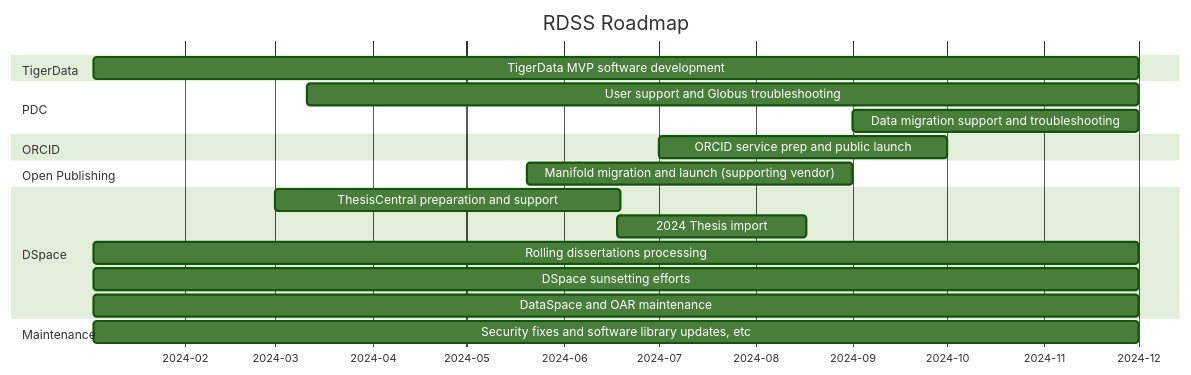
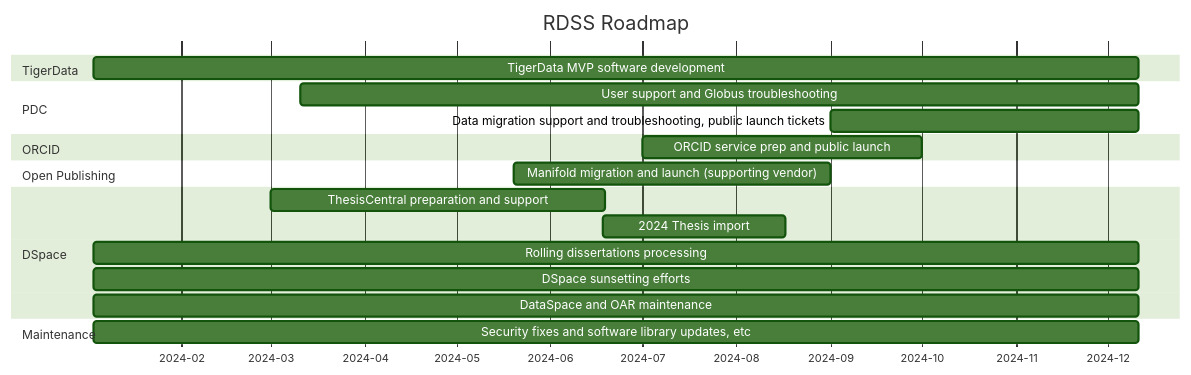
One commit to pulibrary/rdss-handbook changed the diagram in roadmap.md. Above: the diagram before and after it, drawn with Mermaid (forest theme).

Commit message:
Expanding roadmap and making PDC description more explicit

````diff
--- a/roadmap.md
+++ b/roadmap.md
@@ -5,23 +5,23 @@
 ```mermaid
 gantt
     title RDSS Roadmap
     axisFormat  %Y-%m
     dateformat YYYY-MM
     section TigerData
-    TigerData MVP software development: td1,2024-01-03,333d
+    TigerData MVP software development: td1,2024-01-03,343d
     section PDC
-    User support and Globus troubleshooting: pd1,2024-03-11,265d
-    Data migration support and troubleshooting: pd2,2024-09-01,91d
+    User support and Globus troubleshooting: pd1,2024-03-11,275d
+    Data migration support and troubleshooting, public launch tickets: pd2,2024-09-01,101d
     section ORCID
     ORCID service prep and public launch: or1,2024-07-01,92d
     section Open Publishing
     Manifold migration and launch (supporting vendor): op1,2024-05-20,104d
     section DSpace
     ThesisCentral preparation and support: dsp1,2024-03-01,110d
     2024 Thesis import: dsp2,2024-06-18,60d
-    Rolling dissertations processing: dsp3,2024-01-03,333d
-    DSpace sunsetting efforts: dsp4,2024-01-03,333d
-    DataSpace and OAR maintenance: dsp5,2024-01-03,333d
+    Rolling dissertations processing: dsp3,2024-01-03,343d
+    DSpace sunsetting efforts: dsp4,2024-01-03,343d
+    DataSpace and OAR maintenance: dsp5,2024-01-03,343d
     section Maintenance
-    Security fixes and software library updates, etc: man1,2024-01-03,333d
+    Security fixes and software library updates, etc: man1,2024-01-03,343d
 ```
````
